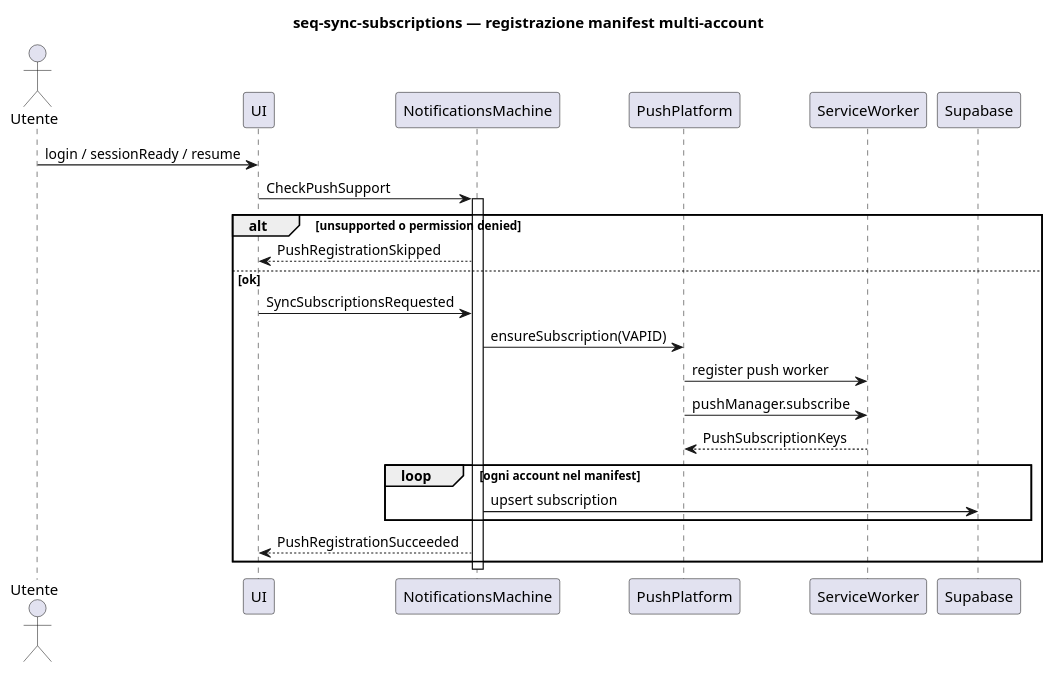
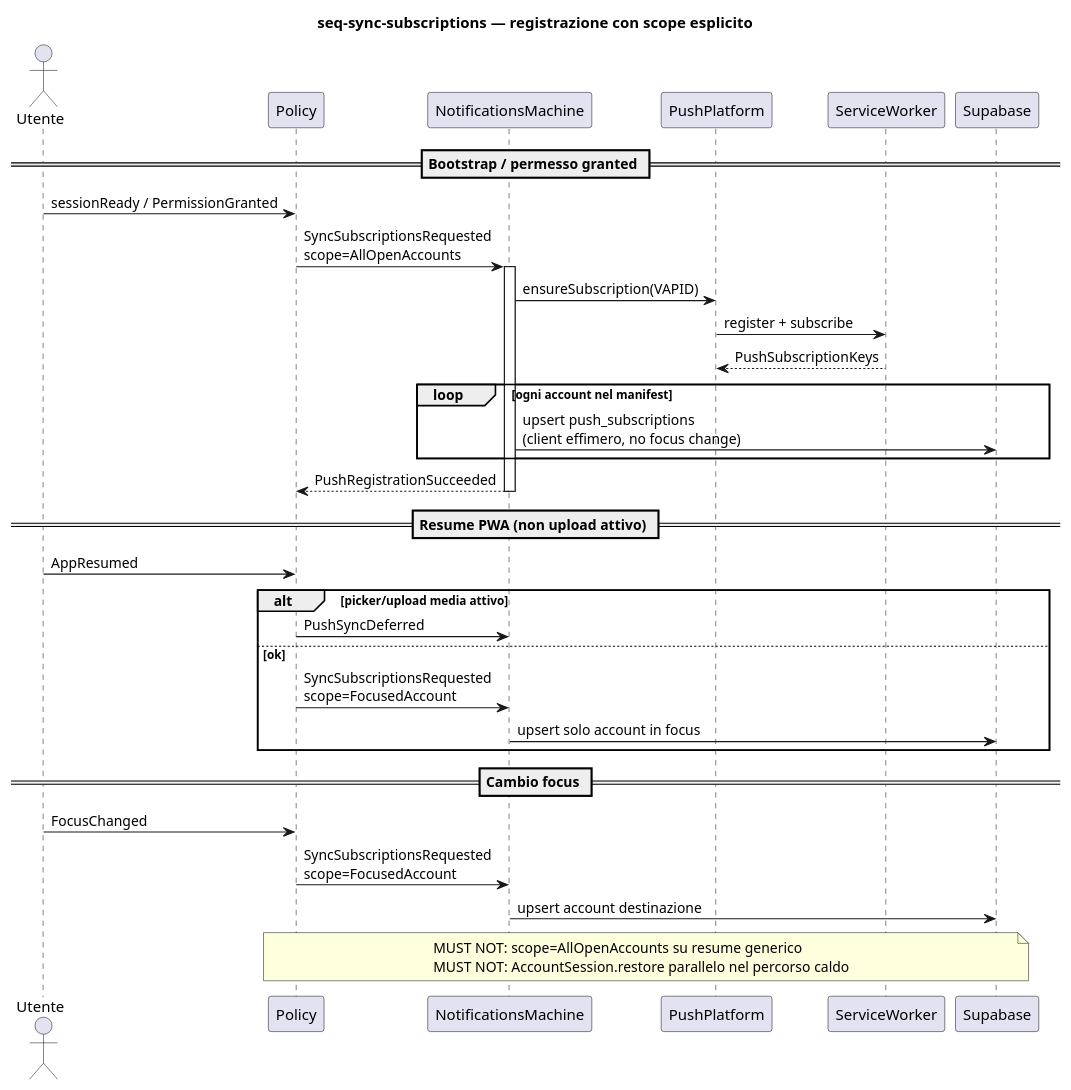
One commit to alfred-im/alfred-im changed the diagram in docs/model/uml/notifications/seq-sync-subscriptions.puml. Above: the diagram before and after it, drawn with PlantUML. The commit also changed 7 other files, not shown here.

First line of the commit message:
docs(sdd): politica sync push multi-account (draft)

```diff
--- a/docs/model/uml/notifications/seq-sync-subscriptions.puml
+++ b/docs/model/uml/notifications/seq-sync-subscriptions.puml
@@ -1,36 +1,49 @@
 @startuml seq-sync-subscriptions
 ' Context: notifications
 ' Profile: client
-' Command: RegisterDeviceForPush
-' SDD: SURF-NOTIFICATIONS-001–004
-' Revision: 2026-07-27
+' Command: RegisterDeviceForPush { scope, reason }
+' SDD: PROM-PUSH-NOTIFY-048–049, 053; SURF-NOTIFICATIONS-011–013
+' Revision: 2026-07-28
 
-title seq-sync-subscriptions — registrazione manifest multi-account
+title seq-sync-subscriptions — registrazione con scope esplicito
 
 actor Utente
-participant "UI" as UI
+participant "Policy" as Pol
 participant "NotificationsMachine" as NM
 participant "PushPlatform" as Plat
 participant "ServiceWorker" as SW
 participant "Supabase" as DB
 
-Utente -> UI : login / sessionReady / resume
-UI -> NM : CheckPushSupport
+== Bootstrap / permesso granted ==
+Utente -> Pol : sessionReady / PermissionGranted
+Pol -> NM : SyncSubscriptionsRequested\nscope=AllOpenAccounts
 activate NM
-
-alt unsupported o permission denied
-  NM --> UI : PushRegistrationSkipped
-else ok
-  UI -> NM : SyncSubscriptionsRequested
-  NM -> Plat : ensureSubscription(VAPID)
-  Plat -> SW : register push worker
-  Plat -> SW : pushManager.subscribe
-  SW --> Plat : PushSubscriptionKeys
-  loop ogni account nel manifest
-    NM -> DB : upsert subscription
-  end
-  NM --> UI : PushRegistrationSucceeded
+NM -> Plat : ensureSubscription(VAPID)
+Plat -> SW : register + subscribe
+SW --> Plat : PushSubscriptionKeys
+loop ogni account nel manifest
+  NM -> DB : upsert push_subscriptions\n(client effimero, no focus change)
 end
+NM --> Pol : PushRegistrationSucceeded
 deactivate NM
 
+== Resume PWA (non upload attivo) ==
+Utente -> Pol : AppResumed
+alt picker/upload media attivo
+  Pol -> NM : PushSyncDeferred
+else ok
+  Pol -> NM : SyncSubscriptionsRequested\nscope=FocusedAccount
+  NM -> DB : upsert solo account in focus
+end
+
+== Cambio focus ==
+Utente -> Pol : FocusChanged
+Pol -> NM : SyncSubscriptionsRequested\nscope=FocusedAccount
+NM -> DB : upsert account destinazione
+
+note over Pol, DB
+  MUST NOT: scope=AllOpenAccounts su resume generico
+  MUST NOT: AccountSession.restore parallelo nel percorso caldo
+end note
+
 @enduml
```
